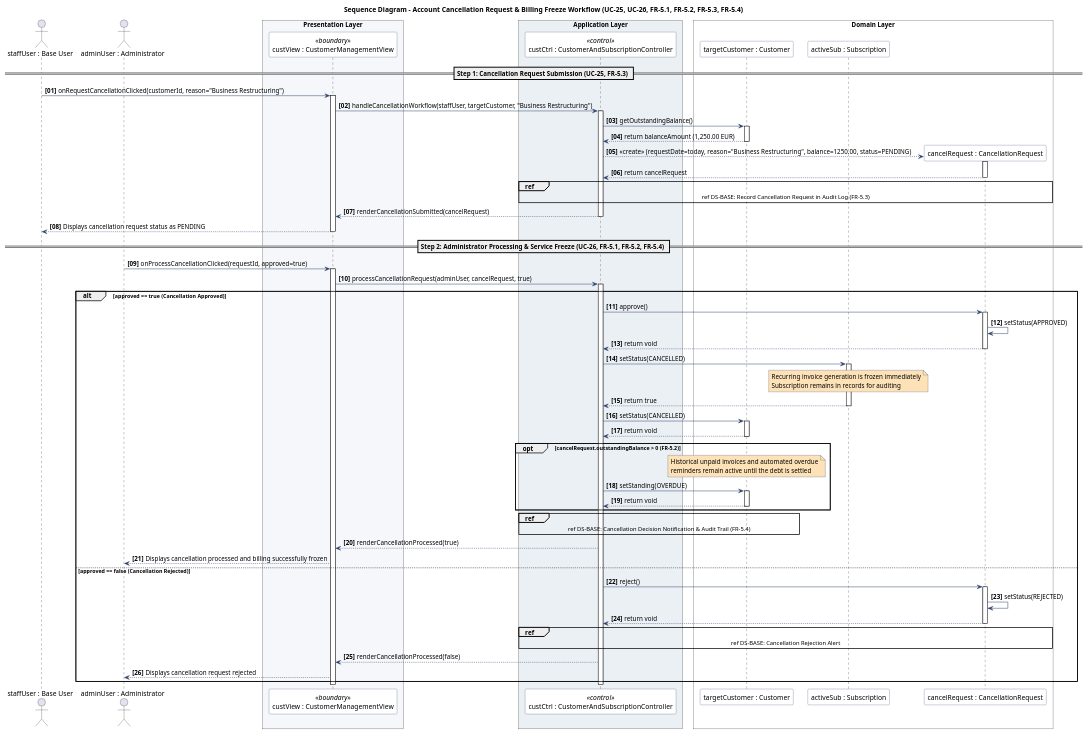
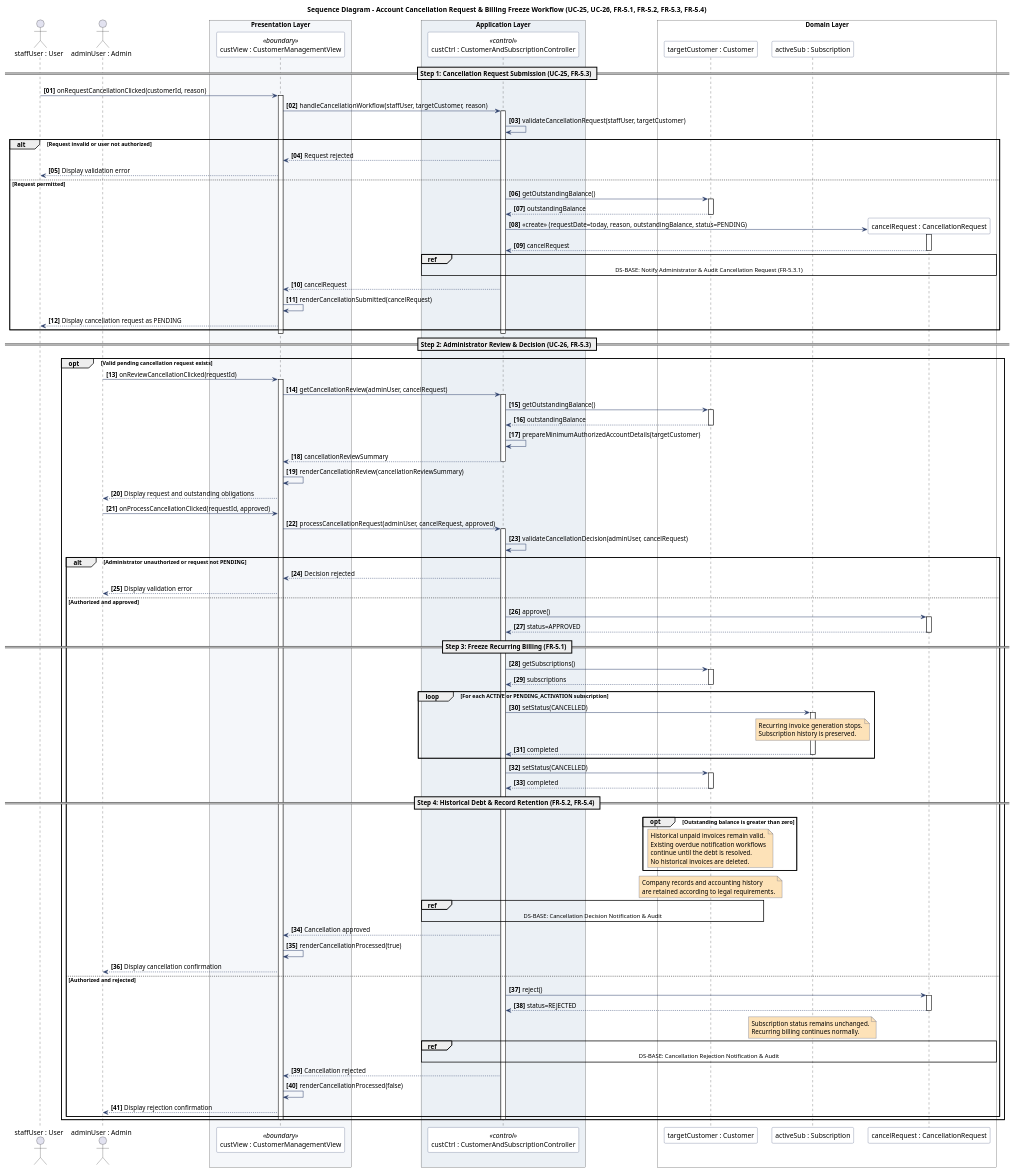
The diagram in doc/src/sequence-diagrams/SequenceDiagram-6-Account-Cancellation.pu (Sandunga-ADAProj/ada-project), drawn with PlantUML before and after one commit. The commit also changed 12 other files, not shown here.

Commit message:
Updated class and sequence diagram and improved overall consistency

```diff
--- a/doc/src/sequence-diagrams/SequenceDiagram-6-Account-Cancellation.pu
+++ b/doc/src/sequence-diagrams/SequenceDiagram-6-Account-Cancellation.pu
@@ -24,8 +24,8 @@
 
 title Sequence Diagram - Account Cancellation Request & Billing Freeze Workflow (UC-25, UC-26, FR-5.1, FR-5.2, FR-5.3, FR-5.4)
 
-actor Staff as "staffUser : Base User"
-actor Admin as "adminUser : Administrator"
+actor Staff as "staffUser : User"
+actor Admin as "adminUser : Admin"
 
 box "Presentation Layer" #F5F7FA
     ' CustomerManagementView — ComponentsDiagram (<<boundary>>, CustomerSubscriptionAPI)
@@ -51,90 +51,163 @@
 
 autonumber "<b>[00]</b>"
 
+
 == Step 1: Cancellation Request Submission (UC-25, FR-5.3) ==
 
-Staff -> View : onRequestCancellationClicked(customerId, reason="Business Restructuring")
+Staff -> View : onRequestCancellationClicked(customerId, reason)
 activate View
 
-' View → CustomerAndSubscriptionController via CustomerSubscriptionAPI (ComponentsDiagram)
-View -> Ctrl : handleCancellationWorkflow(staffUser, targetCustomer, "Business Restructuring")
+View -> Ctrl : handleCancellationWorkflow(staffUser, targetCustomer, reason)
 activate Ctrl
 
-' Outstanding balance is a computed property on Customer, keeping Invoice cross-domain access encapsulated
-Ctrl -> Customer : getOutstandingBalance()
-activate Customer
-Customer --> Ctrl : return balanceAmount (1,250.00 EUR)
-deactivate Customer
+Ctrl -> Ctrl : validateCancellationRequest(staffUser, targetCustomer)
 
-create Req
-Ctrl --> Req : <<create>> (requestDate=today, reason="Business Restructuring", balance=1250.00, status=PENDING)
-activate Req
-Req --> Ctrl : return cancelRequest
-deactivate Req
+alt Request invalid or user not authorized
 
-ref over Ctrl, Req : ref DS-BASE: Record Cancellation Request in Audit Log (FR-5.3)
+    Ctrl --> View : Request rejected
+    View --> Staff : Display validation error
 
-Ctrl --> View : renderCancellationSubmitted(cancelRequest)
-deactivate Ctrl
+else Request permitted
 
-View --> Staff : Displays cancellation request status as PENDING
-deactivate View
+    Ctrl -> Customer : getOutstandingBalance()
+    activate Customer
+    Customer --> Ctrl : outstandingBalance
+    deactivate Customer
 
-== Step 2: Administrator Processing & Service Freeze (UC-26, FR-5.1, FR-5.2, FR-5.4) ==
-
-Admin -> View : onProcessCancellationClicked(requestId, approved=true)
-activate View
-
-View -> Ctrl : processCancellationRequest(adminUser, cancelRequest, true)
-activate Ctrl
-
-alt approved == true (Cancellation Approved)
-    Ctrl -> Req : approve()
+    create Req
+    Ctrl -> Req : <<create>> (requestDate=today, reason, outstandingBalance, status=PENDING)
     activate Req
-    Req -> Req : setStatus(APPROVED)
-    Req --> Ctrl : return void
+    Req --> Ctrl : cancelRequest
     deactivate Req
 
-    ' Freeze recurring generation (FR-5.1)
-    Ctrl -> Sub : setStatus(CANCELLED)
-    activate Sub
-    note over Sub: Recurring invoice generation is frozen immediately\nSubscription remains in records for auditing
-    Sub --> Ctrl : return true
-    deactivate Sub
+    ref over Ctrl, Req : DS-BASE: Notify Administrator & Audit Cancellation Request (FR-5.3.1)
 
-    Ctrl -> Customer : setStatus(CANCELLED)
-    activate Customer
-    Customer --> Ctrl : return void
-    deactivate Customer
+    Ctrl --> View : cancelRequest
+    View -> View : renderCancellationSubmitted(cancelRequest)
+    View --> Staff : Display cancellation request as PENDING
 
-    opt cancelRequest.outstandingBalance > 0 (FR-5.2)
-        ' Historical invoices remain active until settled; balance is tracked on Customer.
-        ' Invoice Management domain enforces this through its own lifecycle rules.
-        note over Customer: Historical unpaid invoices and automated overdue\nreminders remain active until the debt is settled
-        Ctrl -> Customer : setStanding(OVERDUE)
-        activate Customer
-        Customer --> Ctrl : return void
-        deactivate Customer
-    end
-
-    ref over Ctrl, Customer : ref DS-BASE: Cancellation Decision Notification & Audit Trail (FR-5.4)
-
-    Ctrl --> View : renderCancellationProcessed(true)
-    View --> Admin : Displays cancellation processed and billing successfully frozen
-else approved == false (Cancellation Rejected)
-    Ctrl -> Req : reject()
-    activate Req
-    Req -> Req : setStatus(REJECTED)
-    Req --> Ctrl : return void
-    deactivate Req
-
-    ref over Ctrl, Req : ref DS-BASE: Cancellation Rejection Alert
-
-    Ctrl --> View : renderCancellationProcessed(false)
-    View --> Admin : Displays cancellation request rejected
 end
 
 deactivate Ctrl
 deactivate View
 
+
+== Step 2: Administrator Review & Decision (UC-26, FR-5.3) ==
+
+opt Valid pending cancellation request exists
+
+    Admin -> View : onReviewCancellationClicked(requestId)
+    activate View
+
+    View -> Ctrl : getCancellationReview(adminUser, cancelRequest)
+    activate Ctrl
+
+    Ctrl -> Customer : getOutstandingBalance()
+    activate Customer
+    Customer --> Ctrl : outstandingBalance
+    deactivate Customer
+
+    Ctrl -> Ctrl : prepareMinimumAuthorizedAccountDetails(targetCustomer)
+
+    Ctrl --> View : cancellationReviewSummary
+    deactivate Ctrl
+
+    View -> View : renderCancellationReview(cancellationReviewSummary)
+    View --> Admin : Display request and outstanding obligations
+
+    Admin -> View : onProcessCancellationClicked(requestId, approved)
+
+    View -> Ctrl : processCancellationRequest(adminUser, cancelRequest, approved)
+    activate Ctrl
+
+    Ctrl -> Ctrl : validateCancellationDecision(adminUser, cancelRequest)
+
+    alt Administrator unauthorized or request not PENDING
+
+        Ctrl --> View : Decision rejected
+        View --> Admin : Display validation error
+
+    else Authorized and approved
+
+        Ctrl -> Req : approve()
+        activate Req
+        Req --> Ctrl : status=APPROVED
+        deactivate Req
+
+        == Step 3: Freeze Recurring Billing (FR-5.1) ==
+
+        Ctrl -> Customer : getSubscriptions()
+        activate Customer
+        Customer --> Ctrl : subscriptions
+        deactivate Customer
+
+        loop For each ACTIVE or PENDING_ACTIVATION subscription
+
+            Ctrl -> Sub : setStatus(CANCELLED)
+            activate Sub
+
+            note over Sub
+                Recurring invoice generation stops.
+                Subscription history is preserved.
+            end note
+
+            Sub --> Ctrl : completed
+            deactivate Sub
+
+        end
+
+        Ctrl -> Customer : setStatus(CANCELLED)
+        activate Customer
+        Customer --> Ctrl : completed
+        deactivate Customer
+
+        == Step 4: Historical Debt & Record Retention (FR-5.2, FR-5.4) ==
+
+        opt Outstanding balance is greater than zero
+
+            note over Customer
+                Historical unpaid invoices remain valid.
+                Existing overdue notification workflows
+                continue until the debt is resolved.
+                No historical invoices are deleted.
+            end note
+
+        end
+
+        note over Customer
+            Company records and accounting history
+            are retained according to legal requirements.
+        end note
+
+        ref over Ctrl, Customer : DS-BASE: Cancellation Decision Notification & Audit
+
+        Ctrl --> View : Cancellation approved
+        View -> View : renderCancellationProcessed(true)
+        View --> Admin : Display cancellation confirmation
+
+    else Authorized and rejected
+
+        Ctrl -> Req : reject()
+        activate Req
+        Req --> Ctrl : status=REJECTED
+        deactivate Req
+
+        note over Sub
+            Subscription status remains unchanged.
+            Recurring billing continues normally.
+        end note
+
+        ref over Ctrl, Req : DS-BASE: Cancellation Rejection Notification & Audit
+
+        Ctrl --> View : Cancellation rejected
+        View -> View : renderCancellationProcessed(false)
+        View --> Admin : Display rejection confirmation
+
+    end
+
+    deactivate Ctrl
+    deactivate View
+
+end
+
 @enduml
```
